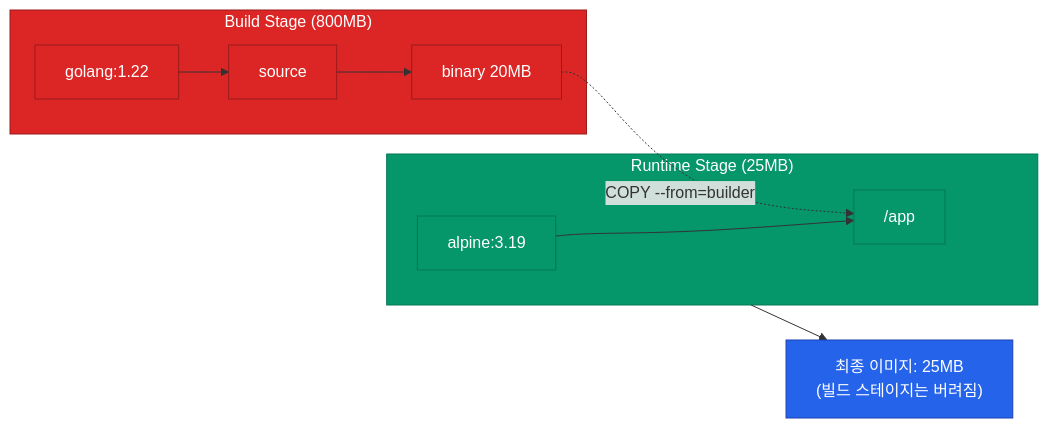
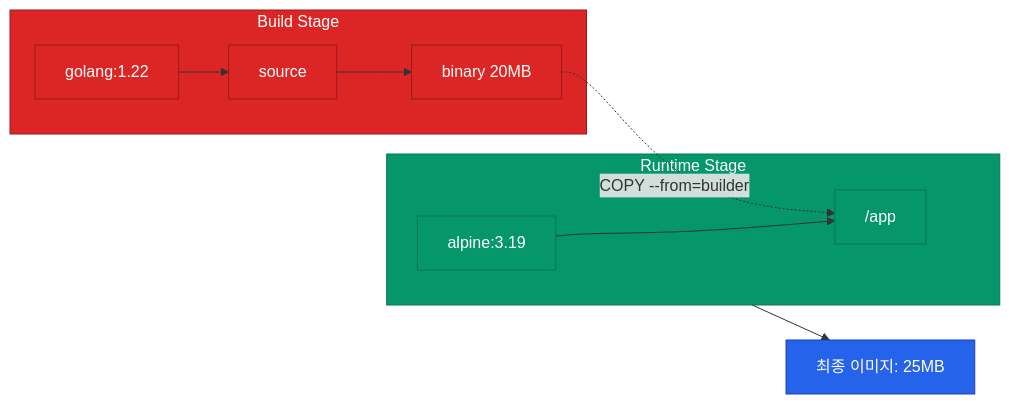
The third of 3 diagrams in _posts/container-orchestration/2026-04-20-docker-01-image.md (No1Joon/No1Joon.github.io), drawn with Mermaid before and after one commit. The commit also changed other lines of this file and 15 other files, not shown here.

````diff
--- a/_posts/container-orchestration/2026-04-20-docker-01-image.md
+++ b/_posts/container-orchestration/2026-04-20-docker-01-image.md
@@ -171,28 +171,28 @@
 ```mermaid
 flowchart LR
-    subgraph stage1 ["Build Stage (800MB)"]
+    subgraph stage1 [Build Stage]
         GO["golang:1.22"]
         SRC["source"]
         BIN["binary 20MB"]
         GO --> SRC --> BIN
     end
 
-    subgraph stage2 ["Runtime Stage (25MB)"]
+    subgraph stage2 [Runtime Stage]
         ALP["alpine:3.19"]
         APP["/app"]
         ALP --> APP
     end
 
     BIN -.->|"COPY --from=builder"| APP
 
-    FINAL["최종 이미지: 25MB<br/>(빌드 스테이지는 버려짐)"]
+    FINAL["최종 이미지: 25MB"]
     stage2 --> FINAL
 
-    classDef heavy fill:#dc2626,stroke:#991b1b,color:#ffffff
-    classDef light fill:#059669,stroke:#047857,color:#ffffff
-    classDef result fill:#2563eb,stroke:#1e40af,color:#ffffff
+    classDef danger fill:#dc2626,stroke:#991b1b,color:#ffffff
+    classDef success fill:#059669,stroke:#047857,color:#ffffff
+    classDef primary fill:#2563eb,stroke:#1e40af,color:#ffffff
 
-    class stage1,GO,SRC,BIN heavy
-    class stage2,ALP,APP light
-    class FINAL result
+    class stage1,GO,SRC,BIN danger
+    class stage2,ALP,APP success
+    class FINAL primary
 ```
````
